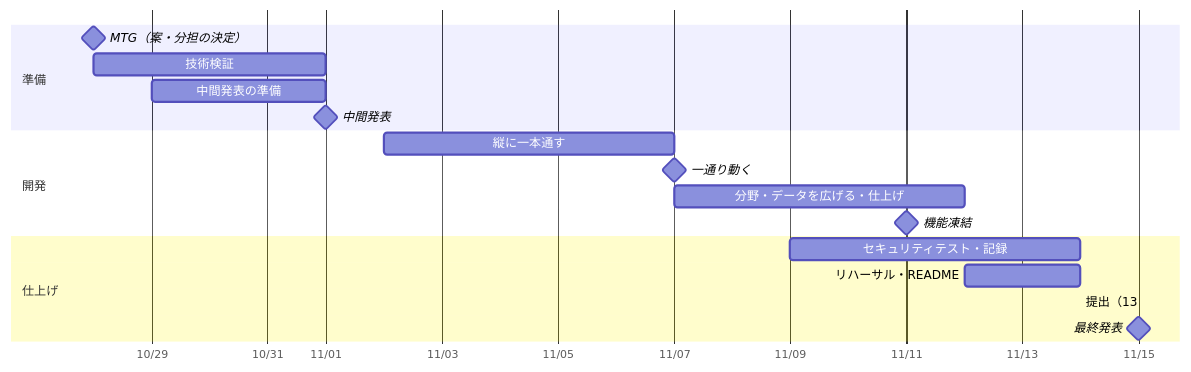
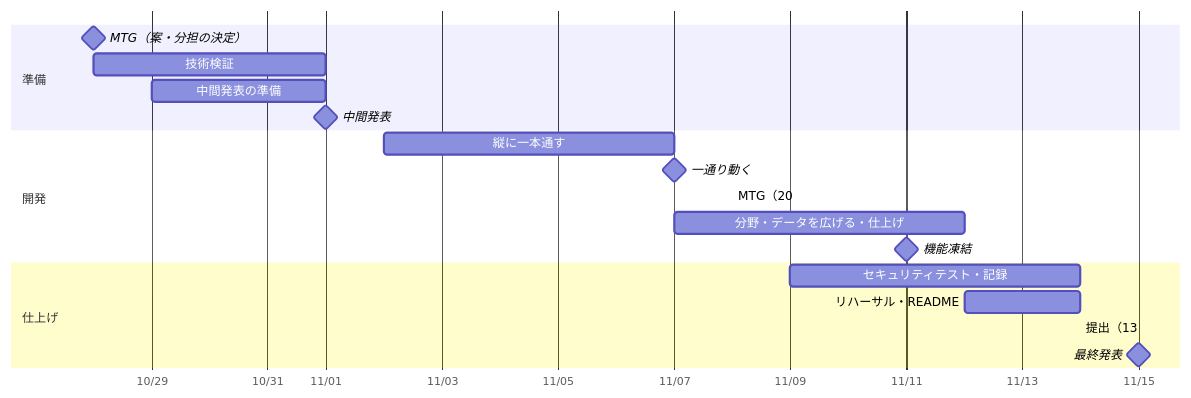
One commit to Haku929/TND_Hackathon_2026F_Team5 changed the diagram in docs/PLAN.md. Above: the diagram before and after it, drawn with Mermaid. The commit also changed other lines of this file and 4 other files, not shown here.

````diff
--- a/docs/PLAN.md
+++ b/docs/PLAN.md
@@ -21,23 +21,24 @@
 ```mermaid
 gantt
   dateFormat YYYY-MM-DD
   axisFormat %m/%d
 
   section 準備
   MTG（案・分担の決定）       :milestone, 2026-10-28, 0d
   技術検証                    :a1, 2026-10-28, 4d
   中間発表の準備              :a2, 2026-10-29, 3d
   中間発表                    :milestone, 2026-11-01, 0d
 
   section 開発
   縦に一本通す                :b1, 2026-11-02, 5d
   一通り動く                  :milestone, 2026-11-07, 0d
+  MTG（20:00・結合の確認）    :milestone, 2026-11-08, 0d
   分野・データを広げる・仕上げ :b2, 2026-11-07, 5d
   機能凍結                    :milestone, 2026-11-11, 0d
 
   section 仕上げ
   セキュリティテスト・記録    :c1, 2026-11-09, 5d
   リハーサル・README          :c2, 2026-11-12, 2d
   提出（13:00）               :milestone, 2026-11-14, 0d
   最終発表                    :milestone, 2026-11-15, 0d
 ```
````
